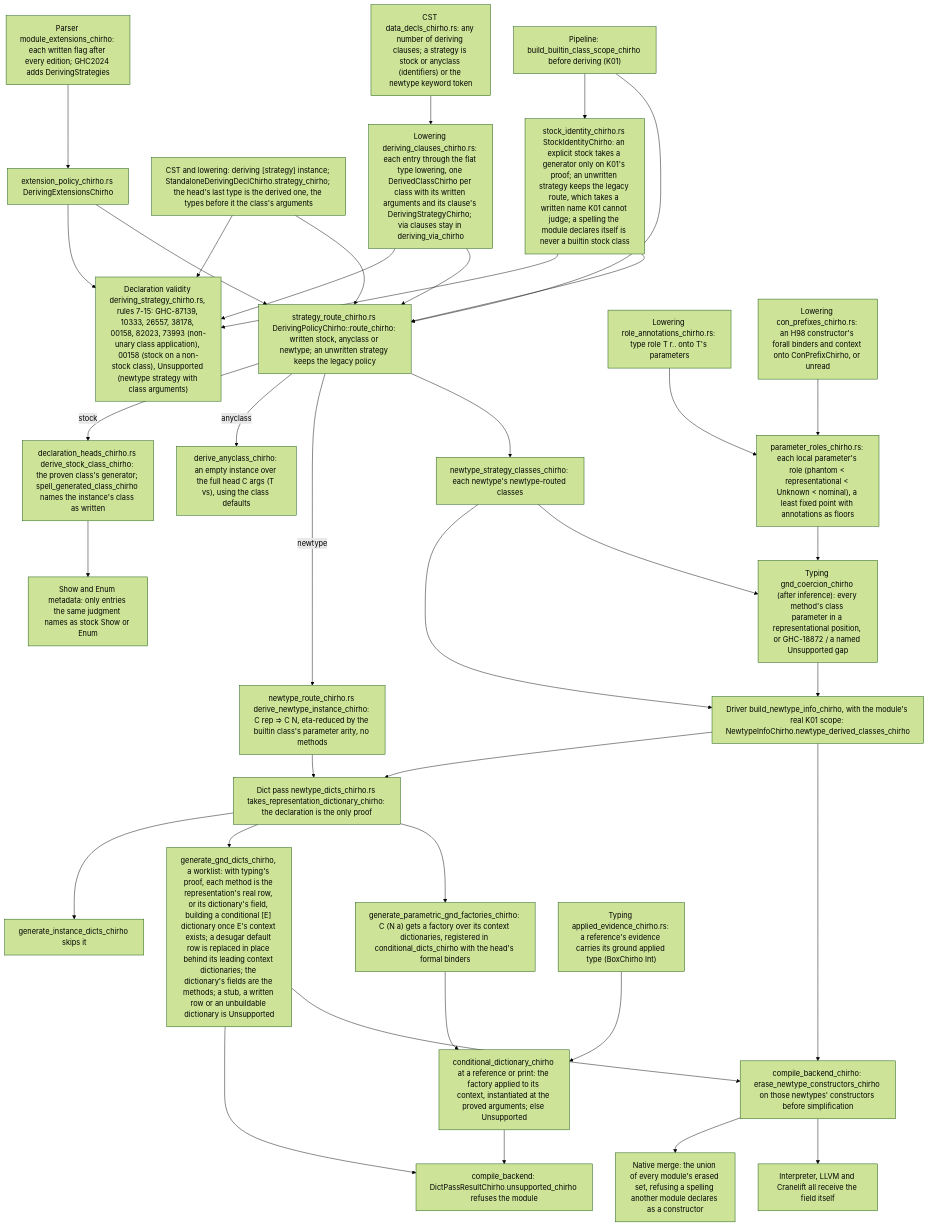
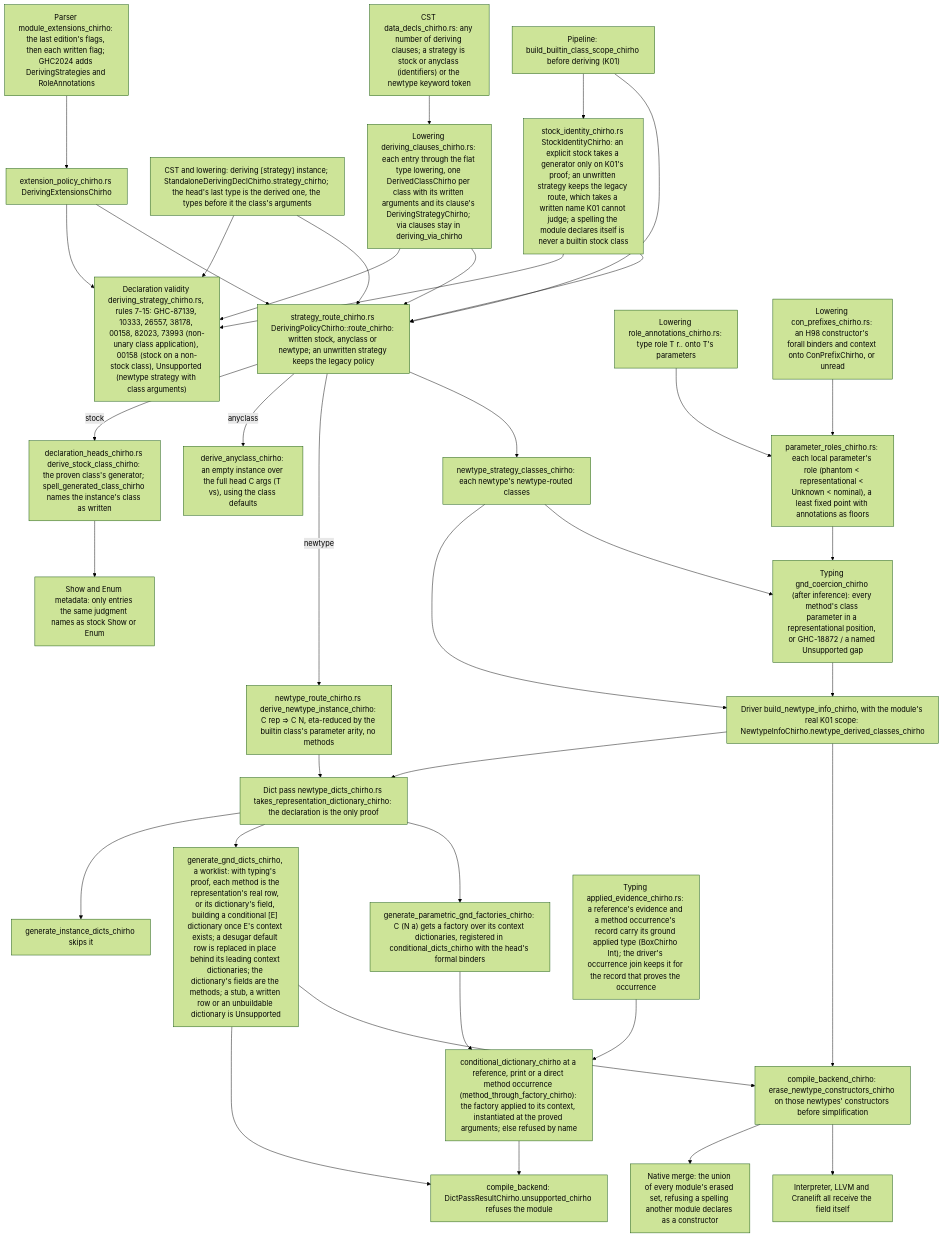
One commit to loveJesus/haskelujah-chirho changed the diagram in spec-chirho/workflows-chirho/compiler-pipeline-chirho/deriving-strategies-chirho.md. Above: the diagram before and after it, drawn with Mermaid (forest theme). The commit also changed other lines of this file and 26 other files, not shown here.

First line of the commit message:
fix(deriving): role rules on one carrier and direct GND methods through the factory (r14)

````diff
--- a/spec-chirho/workflows-chirho/compiler-pipeline-chirho/deriving-strategies-chirho.md
+++ b/spec-chirho/workflows-chirho/compiler-pipeline-chirho/deriving-strategies-chirho.md
@@ -12,41 +12,41 @@
 ```mermaid
 flowchart TD
     cst_chirho["CST data_decls_chirho.rs: any number of deriving clauses; a strategy is stock or anyclass (identifiers) or the newtype keyword token"]
     cst_chirho --> lower_chirho["Lowering deriving_clauses_chirho.rs: each entry through the flat type lowering, one DerivedClassChirho per class with its written arguments and its clause's DerivingStrategyChirho; via clauses stay in deriving_via_chirho"]
     standalone_chirho["CST and lowering: deriving [strategy] instance; StandaloneDerivingDeclChirho.strategy_chirho; the head's last type is the derived one, the types before it the class's arguments"]
-    pragmas_chirho["Parser module_extensions_chirho: each written flag after every edition; GHC2024 adds DerivingStrategies"] --> policy_chirho["extension_policy_chirho.rs DerivingExtensionsChirho"]
+    pragmas_chirho["Parser module_extensions_chirho: the last edition's flags, then each written flag; GHC2024 adds DerivingStrategies and RoleAnnotations"] --> policy_chirho["extension_policy_chirho.rs DerivingExtensionsChirho"]
     policy_chirho --> validity_chirho
     policy_chirho --> route_chirho
     scope_chirho --> identity_chirho["stock_identity_chirho.rs StockIdentityChirho: an explicit stock takes a generator only on K01's proof; an unwritten strategy keeps the legacy route, which takes a written name K01 cannot judge; a spelling the module declares itself is never a builtin stock class"]
     identity_chirho --> validity_chirho
     identity_chirho --> route_chirho
     lower_chirho --> validity_chirho["Declaration validity deriving_strategy_chirho.rs, rules 7-15: GHC-87139, 10333, 26557, 38178, 00158, 82023, 73993 (non-unary class application), 00158 (stock on a non-stock class), Unsupported (newtype strategy with class arguments)"]
     standalone_chirho --> validity_chirho
     lower_chirho --> route_chirho["strategy_route_chirho.rs DerivingPolicyChirho::route_chirho: written stock, anyclass or newtype; an unwritten strategy keeps the legacy policy"]
     standalone_chirho --> route_chirho
     scope_chirho["Pipeline: build_builtin_class_scope_chirho before deriving (K01)"] --> route_chirho
     route_chirho -->|stock| stock_chirho["declaration_heads_chirho.rs derive_stock_class_chirho: the proven class's generator; spell_generated_class_chirho names the instance's class as written"]
     route_chirho -->|anyclass| empty_chirho["derive_anyclass_chirho: an empty instance over the full head C args (T vs), using the class defaults"]
     route_chirho -->|newtype| gnd_chirho["newtype_route_chirho.rs derive_newtype_instance_chirho: C rep => C N, eta-reduced by the builtin class's parameter arity, no methods"]
     route_chirho --> inventory_chirho["newtype_strategy_classes_chirho: each newtype's newtype-routed classes"]
     stock_chirho --> metadata_chirho["Show and Enum metadata: only entries the same judgment names as stock Show or Enum"]
     inventory_chirho --> info_chirho["Driver build_newtype_info_chirho, with the module's real K01 scope: NewtypeInfoChirho.newtype_derived_classes_chirho"]
     roles_annotation_chirho["Lowering role_annotations_chirho.rs: type role T r.. onto T's parameters"] --> roles_chirho["parameter_roles_chirho.rs: each local parameter's role (phantom < representational < Unknown < nominal), a least fixed point with annotations as floors"]
     prefix_lower_chirho["Lowering con_prefixes_chirho.rs: an H98 constructor's forall binders and context onto ConPrefixChirho, or unread"] --> roles_chirho
     inventory_chirho --> proof_chirho["Typing gnd_coercion_chirho (after inference): every method's class parameter in a representational position, or GHC-18872 / a named Unsupported gap"]
     roles_chirho --> proof_chirho
     proof_chirho --> info_chirho
     info_chirho --> eligible_chirho["Dict pass newtype_dicts_chirho.rs takes_representation_dictionary_chirho: the declaration is the only proof"]
     gnd_chirho --> eligible_chirho
     eligible_chirho --> ground_skip_chirho["generate_instance_dicts_chirho skips it"]
     eligible_chirho --> alias_chirho["generate_gnd_dicts_chirho, a worklist: with typing's proof, each method is the representation's real row, or its dictionary's field, building a conditional [E] dictionary once E's context exists; a desugar default row is replaced in place behind its leading context dictionaries; the dictionary's fields are the methods; a stub, a written row or an unbuildable dictionary is Unsupported"]
     alias_chirho --> refuse_chirho["compile_backend: DictPassResultChirho.unsupported_chirho refuses the module"]
     eligible_chirho --> parametric_chirho["generate_parametric_gnd_factories_chirho: C (N a) gets a factory over its context dictionaries, registered in conditional_dicts_chirho with the head's formal binders"]
-    evidence_chirho["Typing applied_evidence_chirho.rs: a reference's evidence carries its ground applied type (BoxChirho Int)"] --> use_chirho
-    parametric_chirho --> use_chirho["conditional_dictionary_chirho at a reference or print: the factory applied to its context, instantiated at the proved arguments; else Unsupported"]
+    evidence_chirho["Typing applied_evidence_chirho.rs: a reference's evidence and a method occurrence's record carry its ground applied type (BoxChirho Int); the driver's occurrence join keeps it for the record that proves the occurrence"] --> use_chirho
+    parametric_chirho --> use_chirho["conditional_dictionary_chirho at a reference, print or a direct method occurrence (method_through_factory_chirho): the factory applied to its context, instantiated at the proved arguments; else refused by name"]
     use_chirho --> refuse_chirho
     info_chirho --> erase_chirho["compile_backend_chirho: erase_newtype_constructors_chirho on those newtypes' constructors before simplification"]
     erase_chirho --> merge_chirho["Native merge: the union of every module's erased set, refusing a spelling another module declares as a constructor"]
     alias_chirho --> erase_chirho
     erase_chirho --> backends_chirho["Interpreter, LLVM and Cranelift all receive the field itself"]
 ```
````
